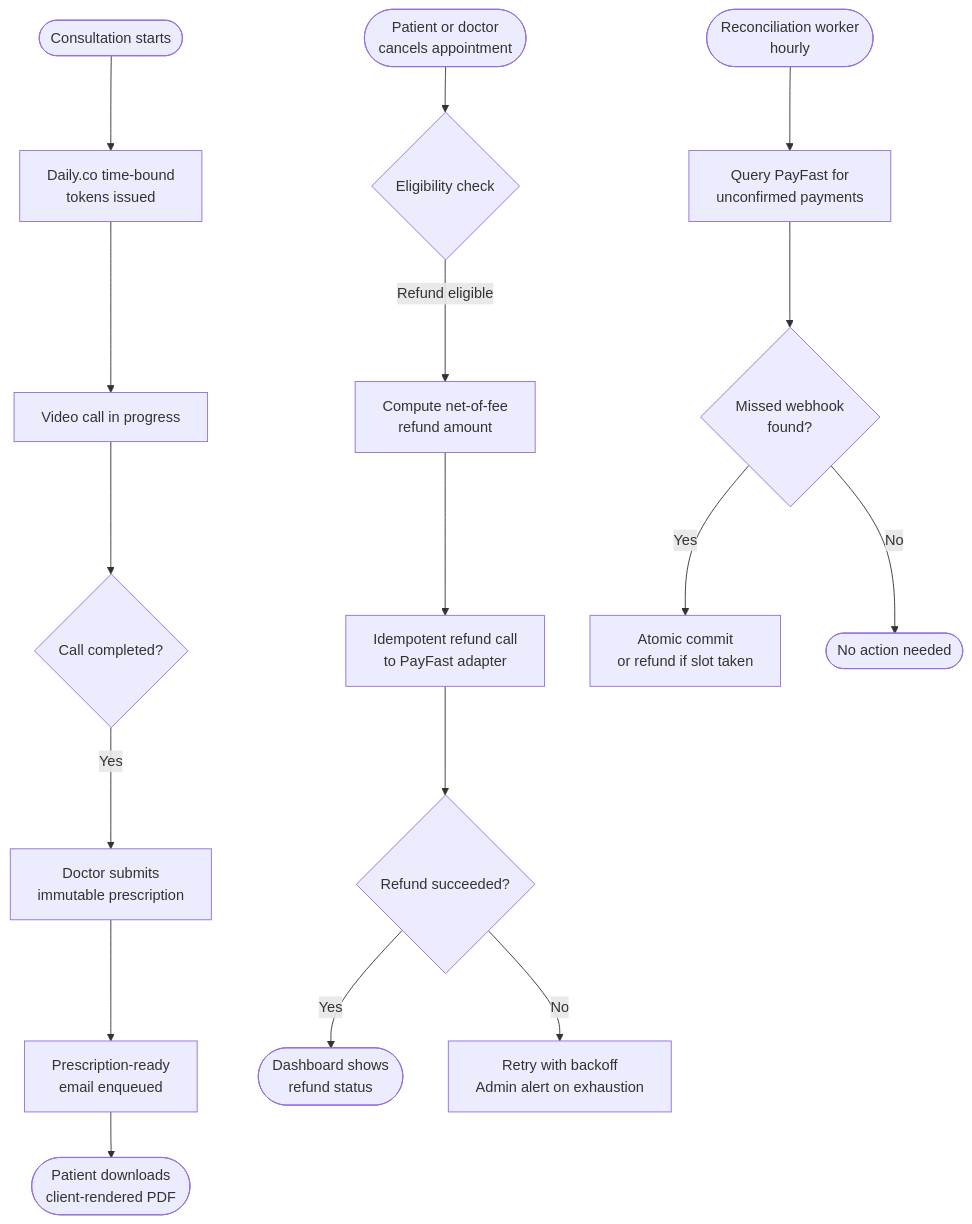
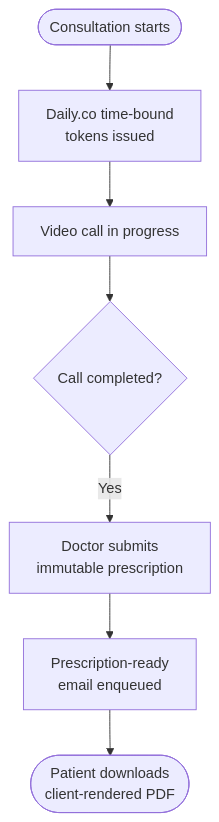
Before and after one commit to Burhan3737/Dermaestha: the third of 3 diagrams in docs/specification/03-ARCHITECTURE_DOCUMENT.md, drawn with Mermaid. The commit also changed other lines of this file and 16 other files, not shown here.

````diff
--- a/docs/specification/03-ARCHITECTURE_DOCUMENT.md
+++ b/docs/specification/03-ARCHITECTURE_DOCUMENT.md
@@ -133,21 +130,9 @@
 ```mermaid
 flowchart TD
     A([Consultation starts]) --> B[Daily.co time-bound<br/>tokens issued]
     B --> C[Video call in progress]
     C --> D{Call completed?}
     D -- Yes --> E[Doctor submits<br/>immutable prescription]
     E --> F[Prescription-ready<br/>email enqueued]
     F --> G([Patient downloads<br/>client-rendered PDF])
-
-    H([Patient or doctor<br/>cancels appointment]) --> I{Eligibility check}
-    I -- Refund eligible --> J[Compute net-of-fee<br/>refund amount]
-    J --> K[Idempotent refund call<br/>to PayFast adapter]
-    K --> L{Refund succeeded?}
-    L -- Yes --> M([Dashboard shows<br/>refund status])
-    L -- No --> N[Retry with backoff<br/>Admin alert on exhaustion]
-
-    O([Reconciliation worker<br/>hourly]) --> P[Query PayFast for<br/>unconfirmed payments]
-    P --> Q{Missed webhook<br/>found?}
-    Q -- Yes --> R[Atomic commit<br/>or refund if slot taken]
-    Q -- No --> S([No action needed])
 ```
````
